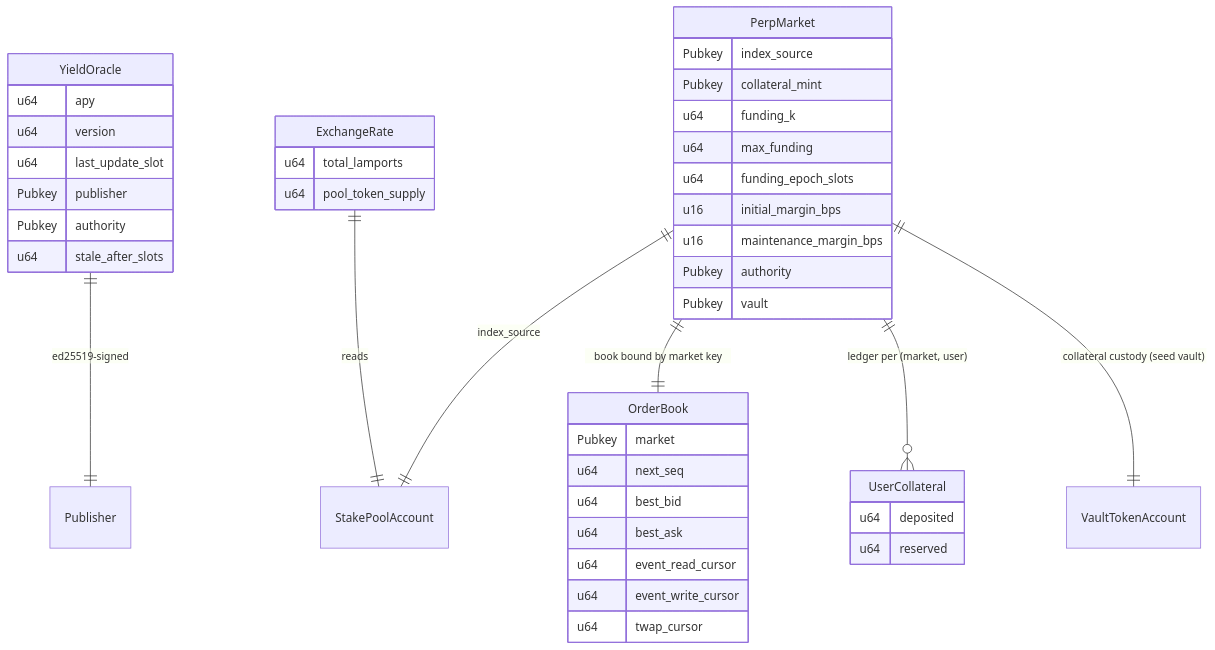
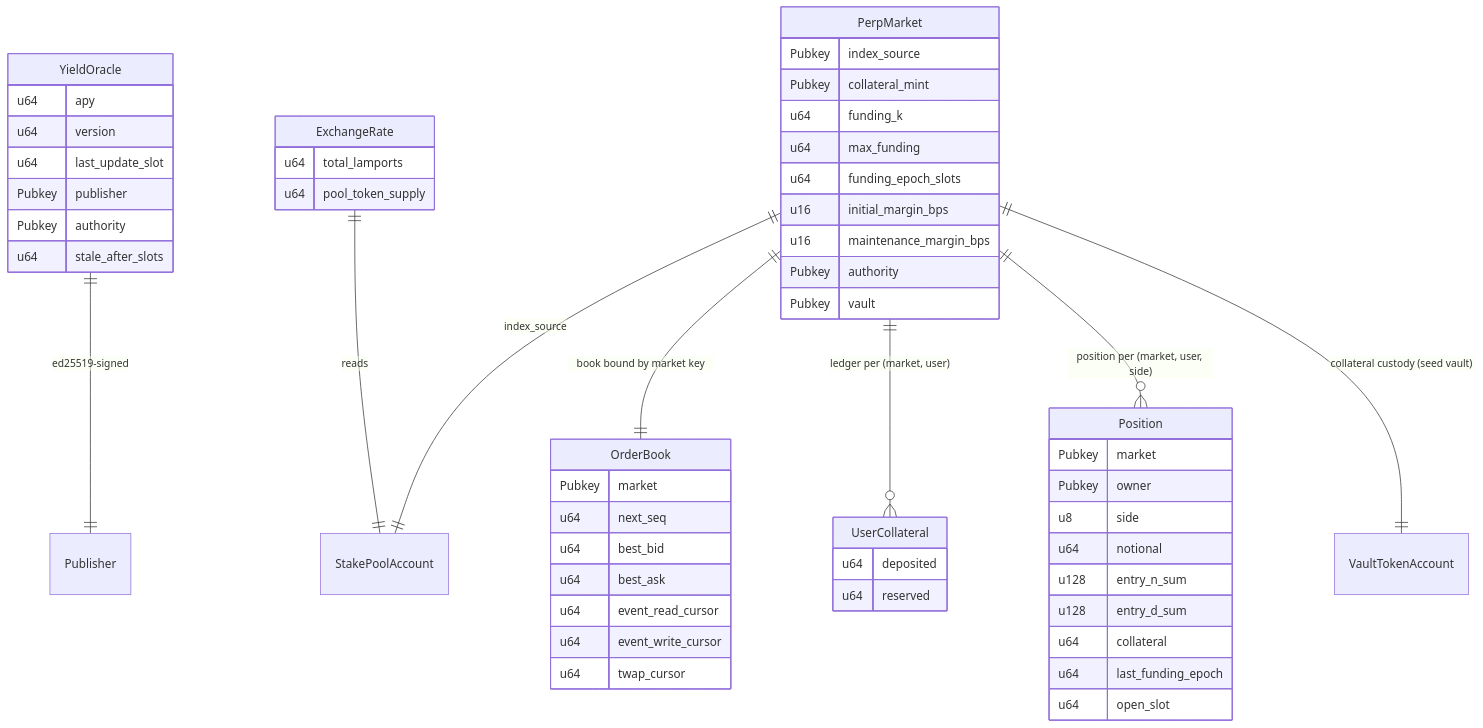
The diagram in docs/data-models.md (LaiTszKin/fructus), drawn with Mermaid before and after one commit. The commit also changed other lines of this file and 5 other files, not shown here.

Commit message:
docs: document position lifecycle (open/close long & short)

````diff
--- a/docs/data-models.md
+++ b/docs/data-models.md
@@ -140,45 +181,57 @@
 ```mermaid
 erDiagram
     YieldOracle ||--|| Publisher : "ed25519-signed"
     PerpMarket ||--|| StakePoolAccount : "index_source"
     PerpMarket ||--|| OrderBook : "book bound by market key"
     PerpMarket ||--o{ UserCollateral : "ledger per (market, user)"
+    PerpMarket ||--o{ Position : "position per (market, user, side)"
     PerpMarket ||--|| VaultTokenAccount : "collateral custody (seed vault)"
     ExchangeRate ||--|| StakePoolAccount : "reads"
     YieldOracle {
         u64 apy
         u64 version
         u64 last_update_slot
         Pubkey publisher
         Pubkey authority
         u64 stale_after_slots
     }
     PerpMarket {
         Pubkey index_source
         Pubkey collateral_mint
         u64 funding_k
         u64 max_funding
         u64 funding_epoch_slots
         u16 initial_margin_bps
         u16 maintenance_margin_bps
         Pubkey authority
         Pubkey vault
     }
     OrderBook {
         Pubkey market
         u64 next_seq
         u64 best_bid
         u64 best_ask
         u64 event_read_cursor
         u64 event_write_cursor
         u64 twap_cursor
     }
     UserCollateral {
         u64 deposited
         u64 reserved
     }
+    Position {
+        Pubkey market
+        Pubkey owner
+        u8 side
+        u64 notional
+        u128 entry_n_sum
+        u128 entry_d_sum
+        u64 collateral
+        u64 last_funding_epoch
+        u64 open_slot
+    }
     ExchangeRate {
         u64 total_lamports
         u64 pool_token_supply
     }
 ```
````
